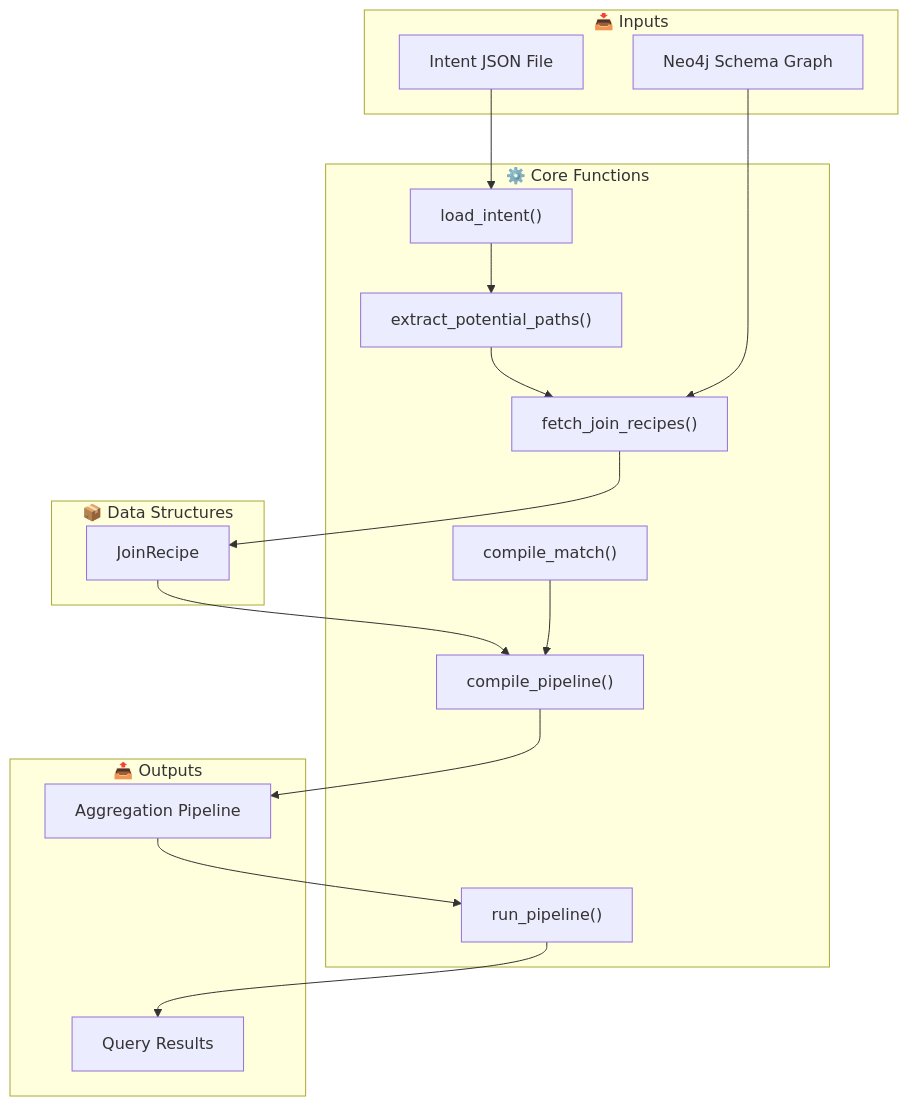
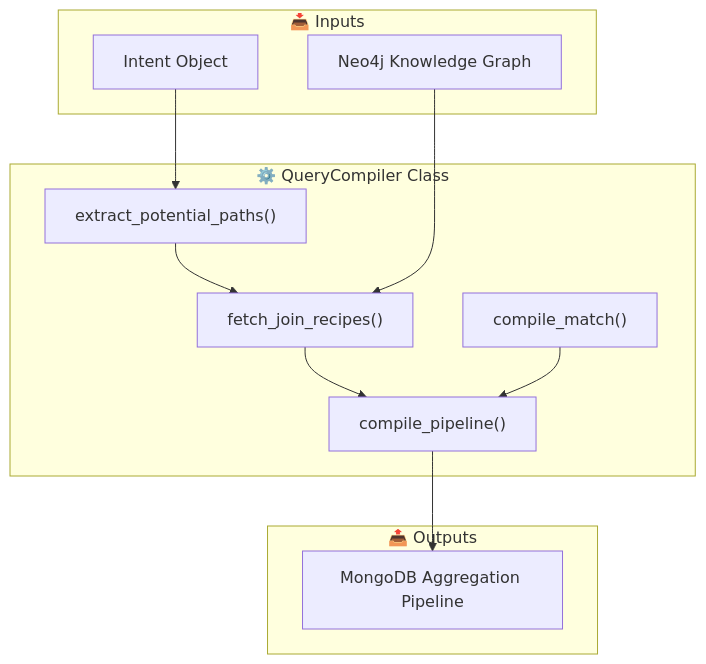
The sixth of 7 diagrams in docs/architecture_diagrams.md (Danilka-Akarawita/naturallanguage_to_mongoDB_query), drawn with Mermaid before and after one commit. The commit also changed other lines of this file, not shown here.

Commit message:
modified the archtecture diagram

````diff
--- a/docs/architecture_diagrams.md
+++ b/docs/architecture_diagrams.md
@@ -286,36 +175,25 @@
 ```mermaid
 flowchart TB
     subgraph Input["📥 Inputs"]
-        Intent["Intent JSON File"]
-        Neo4j["Neo4j Schema Graph"]
+        IntentObj["Intent Object"]
+        Neo4j["Neo4j Knowledge Graph"]
     end
     
-    subgraph Core["⚙️ Core Functions"]
-        LI["load_intent()"]
-        EPP["extract_potential_paths()"]
-        FJR["fetch_join_recipes()"]
+    subgraph Compiler["⚙️ QueryCompiler Class"]
         CP["compile_pipeline()"]
         CM["compile_match()"]
-        RP["run_pipeline()"]
-    end
-    
-    subgraph Data["📦 Data Structures"]
-        JR["JoinRecipe"]
+        FJR["fetch_join_recipes()"]
+        EPP["extract_potential_paths()"]
     end
     
     subgraph Output["📤 Outputs"]
-        Pipeline["Aggregation Pipeline"]
-        Results["Query Results"]
+        Pipeline["MongoDB Aggregation Pipeline"]
     end
     
-    Intent --> LI
-    LI --> EPP
+    IntentObj --> EPP
     EPP --> FJR
     Neo4j --> FJR
-    FJR --> JR
-    JR --> CP
+    FJR --> CP
     CM --> CP
     CP --> Pipeline
-    Pipeline --> RP
-    RP --> Results
 ```
````
